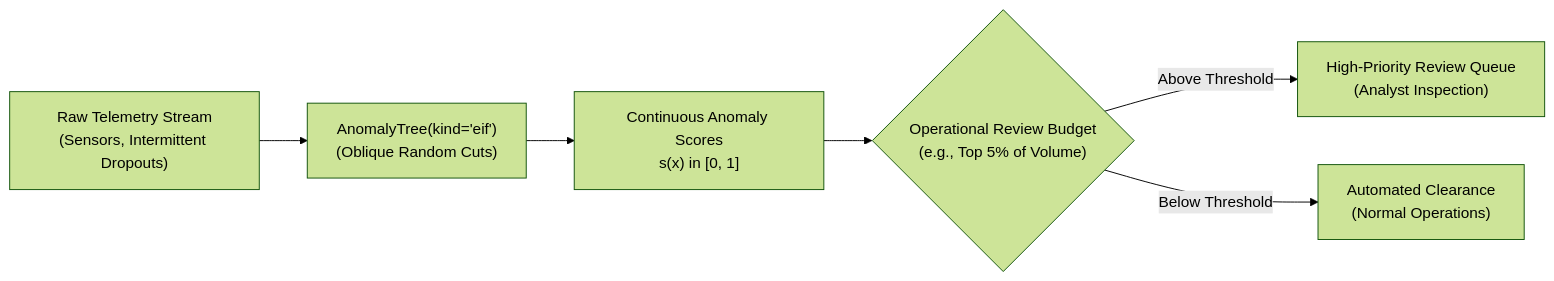
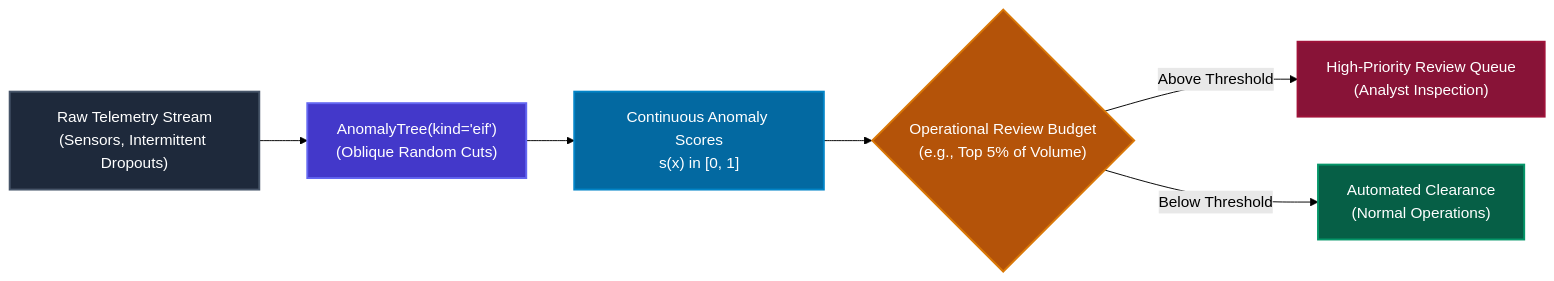
One commit to jkapila/mltreelib changed the diagram in docs/guides/anomaly.md. Above: the diagram before and after it, drawn with Mermaid (forest theme). The commit also changed 18 other files, not shown here.

Commit message:
docs: add native ModelTree graph, 5-leaf survival profiles, and color palette across all Mermaid diagrams

````diff
--- a/docs/guides/anomaly.md
+++ b/docs/guides/anomaly.md
@@ -5,8 +5,22 @@
 ```mermaid
 flowchart LR
     A["Raw Telemetry Stream\n(Sensors, Intermittent Dropouts)"] --> B["AnomalyTree(kind='eif')\n(Oblique Random Cuts)"]
     B --> C["Continuous Anomaly Scores\ns(x) in [0, 1]"]
     C --> D{"Operational Review Budget\n(e.g., Top 5% of Volume)"}
     D -- "Above Threshold" --> E["High-Priority Review Queue\n(Analyst Inspection)"]
     D -- "Below Threshold" --> F["Automated Clearance\n(Normal Operations)"]
+
+    classDef dataBox fill:#1e293b,stroke:#475569,stroke-width:2px,color:#ffffff;
+    classDef engineBox fill:#4338ca,stroke:#6366f1,stroke-width:2px,color:#ffffff;
+    classDef scoreBox fill:#0369a1,stroke:#0284c7,stroke-width:2px,color:#ffffff;
+    classDef gateBox fill:#b45309,stroke:#d97706,stroke-width:2px,color:#ffffff;
+    classDef alertBox fill:#881337,stroke:#9f1239,stroke-width:2px,color:#ffffff;
+    classDef passBox fill:#065f46,stroke:#059669,stroke-width:2px,color:#ffffff;
+
+    class A dataBox;
+    class B engineBox;
+    class C scoreBox;
+    class D gateBox;
+    class E alertBox;
+    class F passBox;
 ```
````
